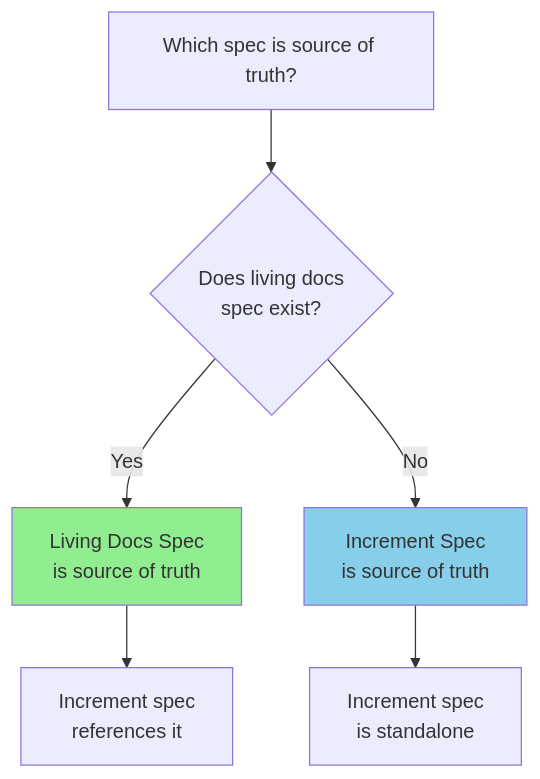
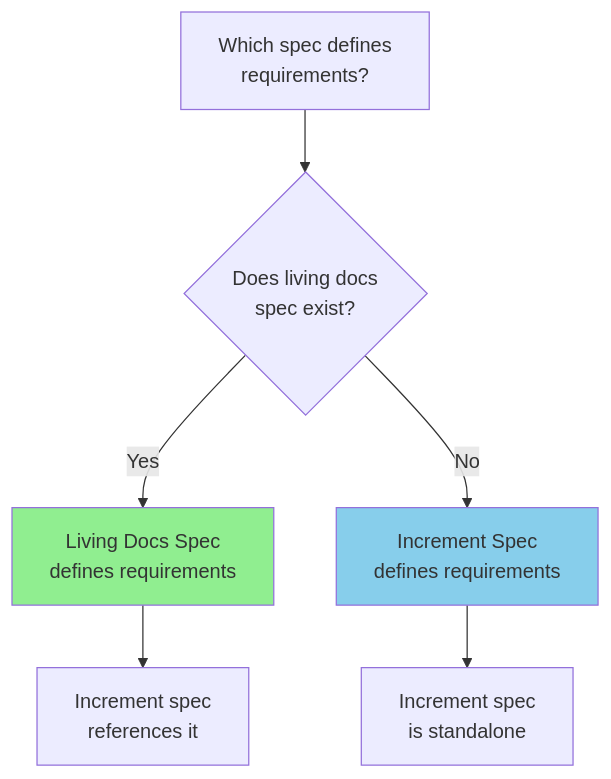
The second of 4 diagrams in .specweave/docs/public/faq.md (anton-abyzov/specweave), drawn with Mermaid before and after one commit. The commit also changed other lines of this file and 1 other file, not shown here.

First line of the commit message:
docs: clarify Source of Truth concept in FAQ

````diff
--- a/.specweave/docs/public/faq.md
+++ b/.specweave/docs/public/faq.md
@@ -70,12 +101,12 @@
 ```mermaid
 graph TD
-    A[Which spec is source of truth?] --> B{Does living docs<br/>spec exist?}
-    B -->|Yes| C[Living Docs Spec<br/>is source of truth]
-    B -->|No| D[Increment Spec<br/>is source of truth]
+    A[Which spec defines<br/>requirements?] --> B{Does living docs<br/>spec exist?}
+    B -->|Yes| C[Living Docs Spec<br/>defines requirements]
+    B -->|No| D[Increment Spec<br/>defines requirements]
 
     C --> E[Increment spec<br/>references it]
     D --> F[Increment spec<br/>is standalone]
 
     style C fill:#90EE90
     style D fill:#87CEEB
 ```
````
